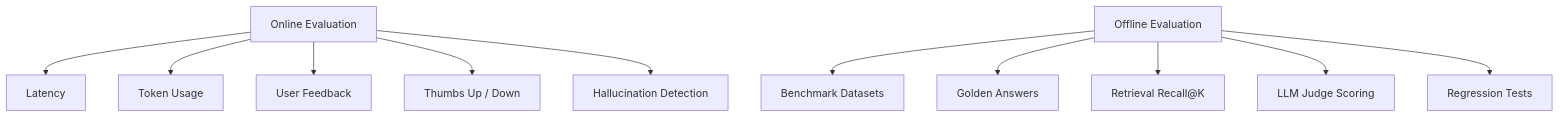
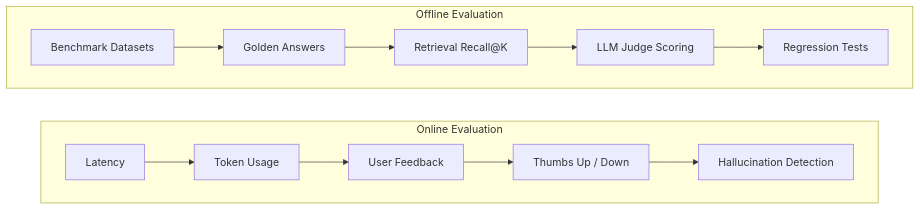
Before and after one commit to taixingbi/chat-bot-docs: the second of 2 diagrams in README.md, drawn with Mermaid.

Commit message:
Revise evaluation flow diagram in README
Updated the evaluation flow diagram to improve clarity and structure.

````diff
--- a/README.md
+++ b/README.md
@@ -26,19 +26,13 @@
 ```mermaid
-flowchart TD
+flowchart LR
 
-B[Online Evaluation]
-C[Offline Evaluation]
+subgraph Online Evaluation
+direction LR
+B1[Latency] --> B2[Token Usage] --> B3[User Feedback] --> B4[Thumbs Up / Down] --> B5[Hallucination Detection]
+end
 
-B --> B1[Latency]
-B --> B2[Token Usage]
-B --> B3[User Feedback]
-B --> B4[Thumbs Up / Down]
-B --> B5[Hallucination Detection]
-
-C --> C1[Benchmark Datasets]
-C --> C2[Golden Answers]
-C --> C3[Retrieval Recall@K]
-C --> C4[LLM Judge Scoring]
-C --> C5[Regression Tests]
-
+subgraph Offline Evaluation
+direction LR
+C1[Benchmark Datasets] --> C2[Golden Answers] --> C3[Retrieval Recall@K] --> C4[LLM Judge Scoring] --> C5[Regression Tests]
+end
 ```
````
